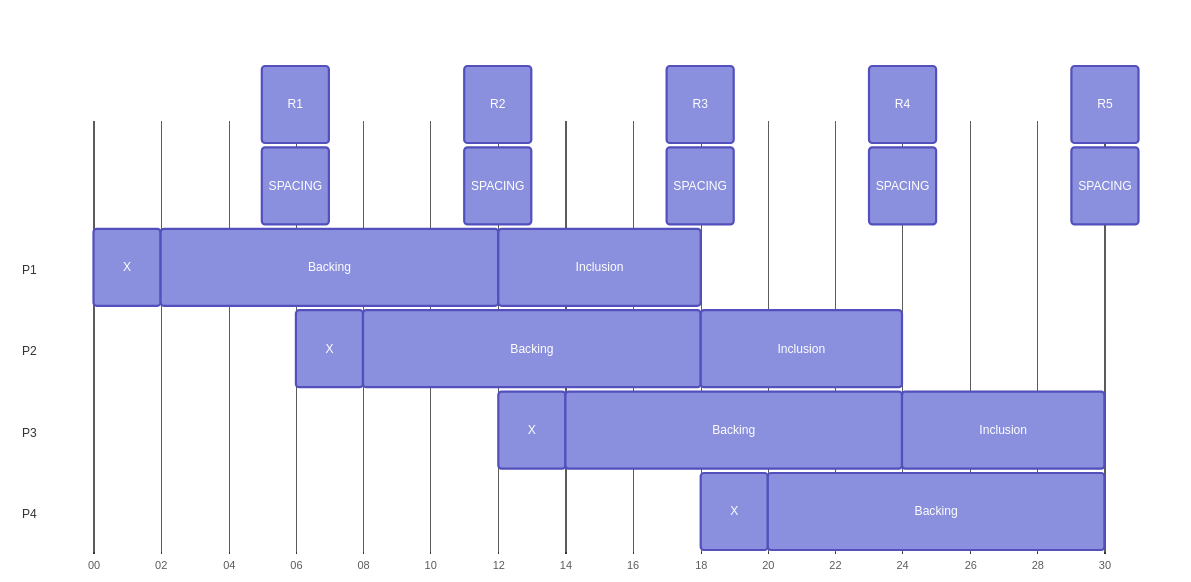
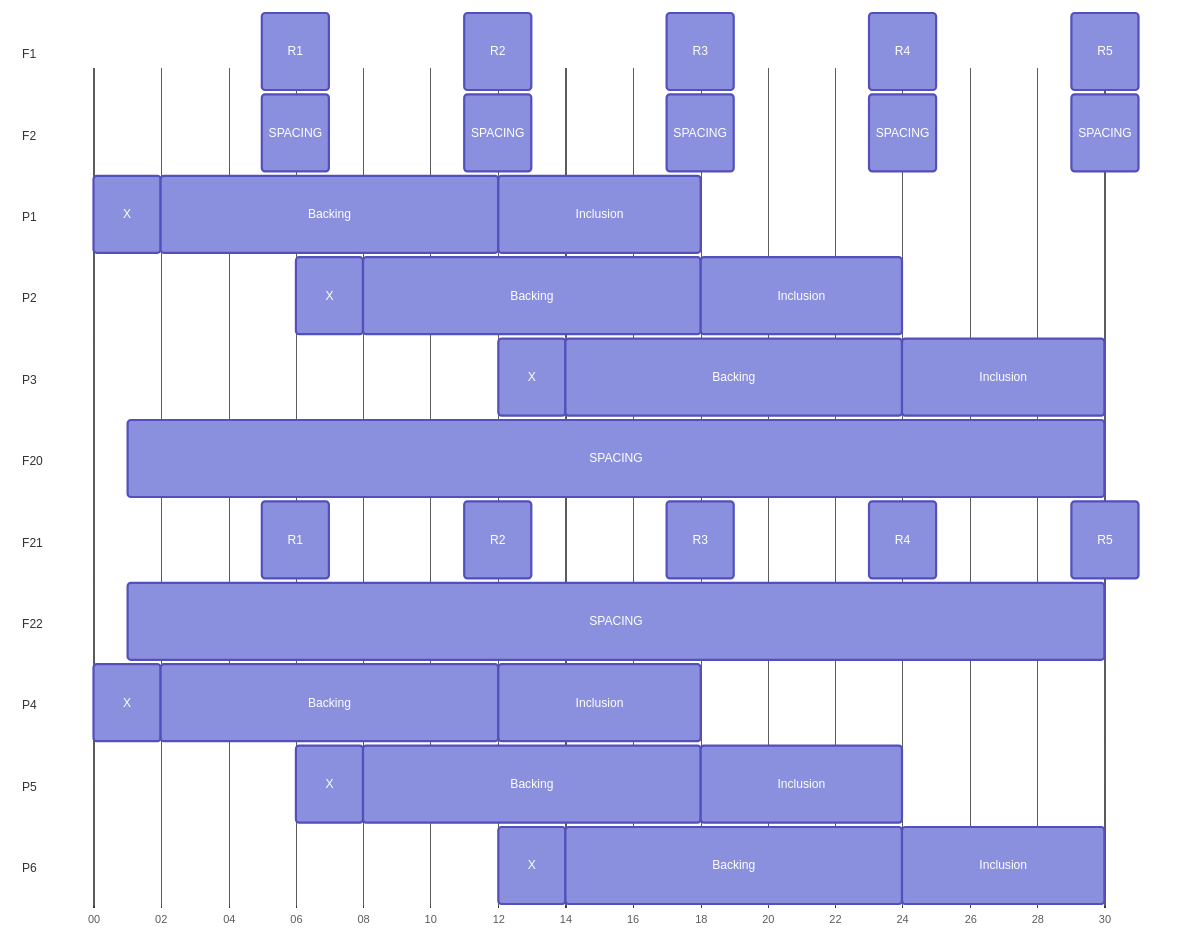
One commit to polkadot-developers/polkadot-docs changed the third of 3 diagrams in reference/parachains/consensus/async-backing.md. Above: the diagram before and after it, drawn with Mermaid. The commit also changed other lines of this file and 2 other files, not shown here.

Commit message:
split "async backing" into "async backing" & "inclusion pipeline" sections - improved timeline graphs of inclusion pipeline

````diff
--- a/reference/parachains/consensus/async-backing.md
+++ b/reference/parachains/consensus/async-backing.md
@@ -119,16 +167,19 @@
     displayMode: compact
     config:
         themeCSS: "
-            #item1 { fill: #4f2eb7; stroke: #000; } \n
-            #item2 { fill: #ffc62a; stroke: #000; } \n
-            #item3 { fill: #4faff9; stroke: #000; } \n
-            #r { fill: #eb4172; stroke: #000; } \n
-            #p1padTop { fill:none;stroke:none;opacity:0; } \n
+            #item1 { fill: #450693; stroke: #450693; } \n
+            #item2 { fill: #8C00FF; stroke: #8C00FF; } \n
+            #item3 { fill: #FFC400; stroke: #FFC400; } \n
+            #r { fill: #eb4172; stroke: none; } \n
+            #p1padTop { display: none; } \n
             text.taskText[id^=p1padTop] { fill: none !important; color: #000 !important; } \n
 
 
             /* Default inside task text: white */ \n
             .taskText { fill: #fff !important; color: #fff !important; font-weight: 700; font-size: 18px; } \n
+
+            /* Hide text inside bars */
+            .taskText { display: none !important; } \n
 
             /* Outside labels and section titles: black */ \n
             .taskTextOutside, .sectionTitle { fill: #000 !important; color: #000 !important; font-weight: 700; font-size: 18px; } \n
@@ -150,12 +201,14 @@
     %% this next line doesn't recognise 'decade' or 'year', but will silently ignore
     tickInterval '10year'
 
+    section F1
     R1 : r, 1905, 1907
     R2 : r, 1911, 1913
     R3 : r, 1917, 1919
     R4 : r, 1923, 1925
     R5 : r, 1929, 1931
 
+    section F2
     SPACING : p1padTop, 1905, 1907
     SPACING : p1padTop, 1911, 1913
     SPACING : p1padTop, 1917, 1919
@@ -177,7 +230,32 @@
     Backing   :            item2, 1914, 1924
     Inclusion   :            item3, 1924, 1930
 
+    section F20
+    SPACING : p1padTop, 1901, 1930
+
+    section F21
+    R1 : r, 1905, 1907
+    R2 : r, 1911, 1913
+    R3 : r, 1917, 1919
+    R4 : r, 1923, 1925
+    R5 : r, 1929, 1931
+
+    section F22
+    SPACING : p1padTop, 1901, 1930
+
+
     section P4
-    X   :            item1, 1918, 1920
-    Backing   :            item2, 1920, 1930
+    X   :            item1, 1900, 1902
+    Backing   :            item2, 1902, 1912
+    Inclusion   :            item3, 1912, 1918
+
+    section P5
+    X   :            item1, 1906, 1908
+    Backing   :            item2, 1908, 1918
+    Inclusion   :            item3, 1918, 1924
+    
+    section P6
+    X   :            item1, 1912, 1914
+    Backing   :            item2, 1914, 1924
+    Inclusion   :            item3, 1924, 1930
 ```
````
